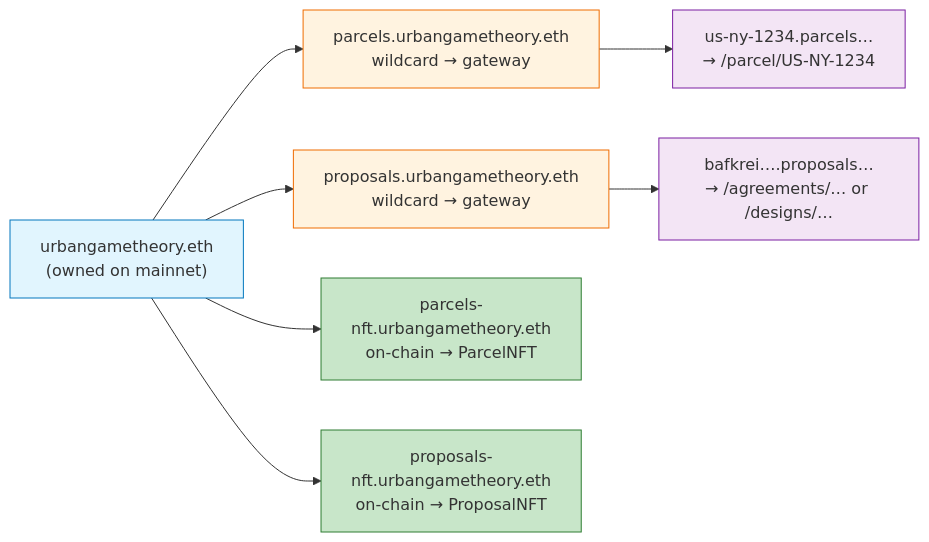
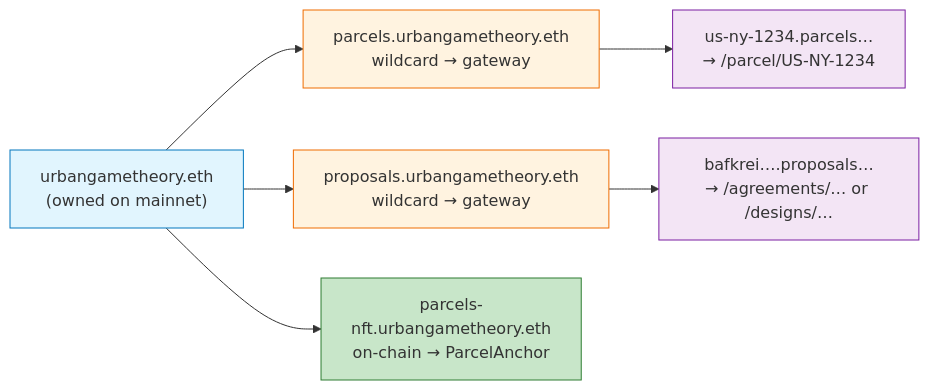
One commit to Poglavar/consensus-builder changed the first of 4 diagrams in docs/feature-ens-readme.md. Above: the diagram before and after it, drawn with Mermaid. The commit also changed other lines of this file and 43 other files, not shown here.

````diff
--- a/docs/feature-ens-readme.md
+++ b/docs/feature-ens-readme.md
@@ -22,15 +22,14 @@
 ```mermaid
 flowchart LR
     root["urbangametheory.eth<br/>(owned on mainnet)"]:::root
     root --> P["parcels.urbangametheory.eth<br/>wildcard → gateway"]:::wild
     root --> Q["proposals.urbangametheory.eth<br/>wildcard → gateway"]:::wild
-    root --> PN["parcels-nft.urbangametheory.eth<br/>on-chain → ParcelNFT"]:::onchain
-    root --> QN["proposals-nft.urbangametheory.eth<br/>on-chain → ProposalNFT"]:::onchain
+    root --> PN["parcels-nft.urbangametheory.eth<br/>on-chain → ParcelAnchor"]:::onchain
     P --> p1["us-ny-1234.parcels…<br/>→ /parcel/US-NY-1234"]:::leaf
     Q --> q1["bafkrei….proposals…<br/>→ /agreements/… or /designs/…"]:::leaf
 
     classDef root fill:#e1f5fe,stroke:#0277bd
     classDef wild fill:#fff3e0,stroke:#ef6c00
     classDef onchain fill:#c8e6c9,stroke:#2e7d32
     classDef leaf fill:#f3e5f5,stroke:#7b1fa2
 ```
````
